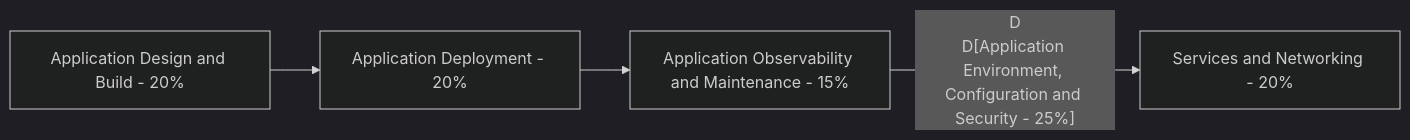
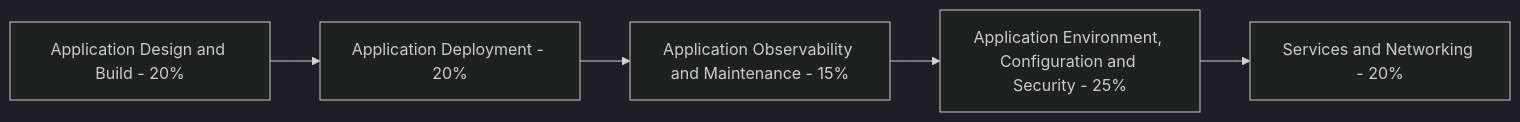
Before and after one commit to edithturn/CKAD-training: the diagram in README.md, drawn with Mermaid (dark theme).

Commit message:
CKAD 2021 domain

````diff
--- a/README.md
+++ b/README.md
@@ -13,8 +13,8 @@
 ```mermaid
 flowchart LR
 A[Application Design and Build - 20%] --> B
 B[Application Deployment - 20%] --> C
-C[Application Observability and Maintenance - 15%] -- D
+C[Application Observability and Maintenance - 15%] --> D
 D[Application Environment, Configuration and Security - 25%]  --> E
 E[Services and Networking - 20%]
 ```
````
